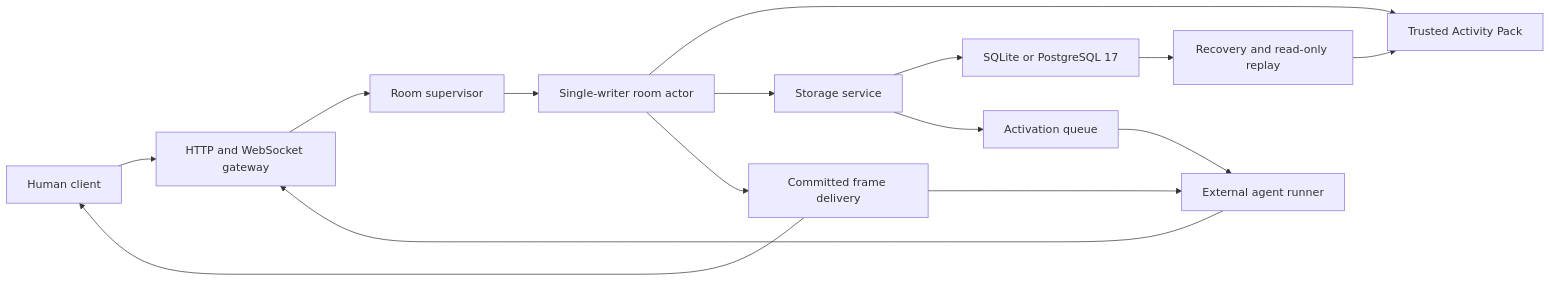
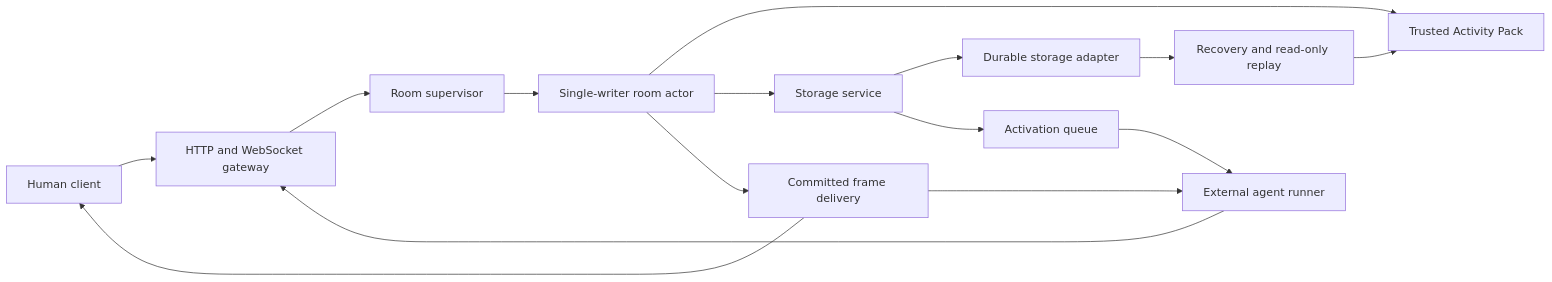
Before and after one commit to imom39a/worldstream: the first of 3 diagrams in docs/architecture.md, drawn with Mermaid. The commit also changed other lines of this file and 2 other files, not shown here.

```diff
--- a/docs/architecture.md
+++ b/docs/architecture.md
@@ -13,17 +13,17 @@
 ~~~mermaid
 flowchart LR
     HC["Human client"] --> GW["HTTP and WebSocket gateway"]
     AR["External agent runner"] --> GW
     GW --> RS["Room supervisor"]
     RS --> RA["Single-writer room actor"]
     RA --> AP["Trusted Activity Pack"]
     RA --> ST["Storage service"]
-    ST --> DB["SQLite or PostgreSQL 17"]
+    ST --> DB["Durable storage adapter"]
     RA --> DL["Committed frame delivery"]
     DL --> HC
     DL --> AR
     ST --> AC["Activation queue"]
     AC --> AR
     DB --> RP["Recovery and read-only replay"]
     RP --> AP
 ~~~
```
